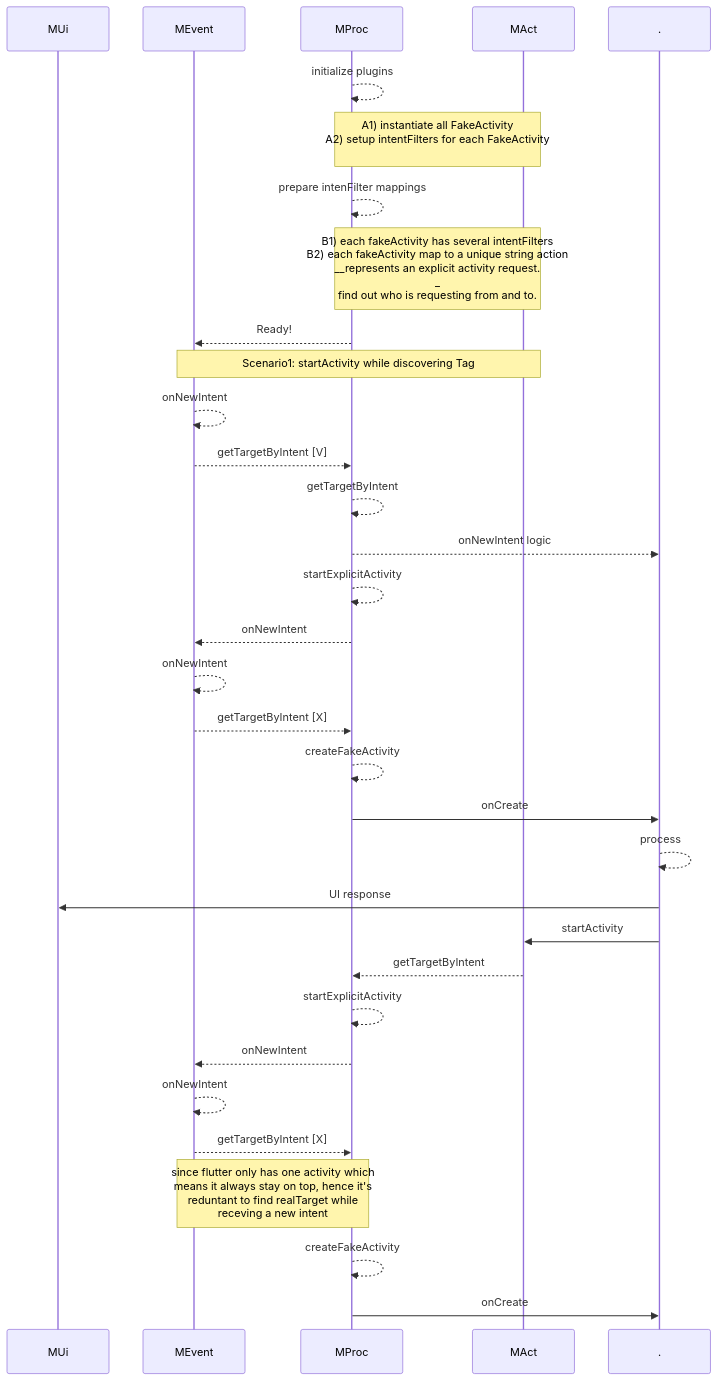
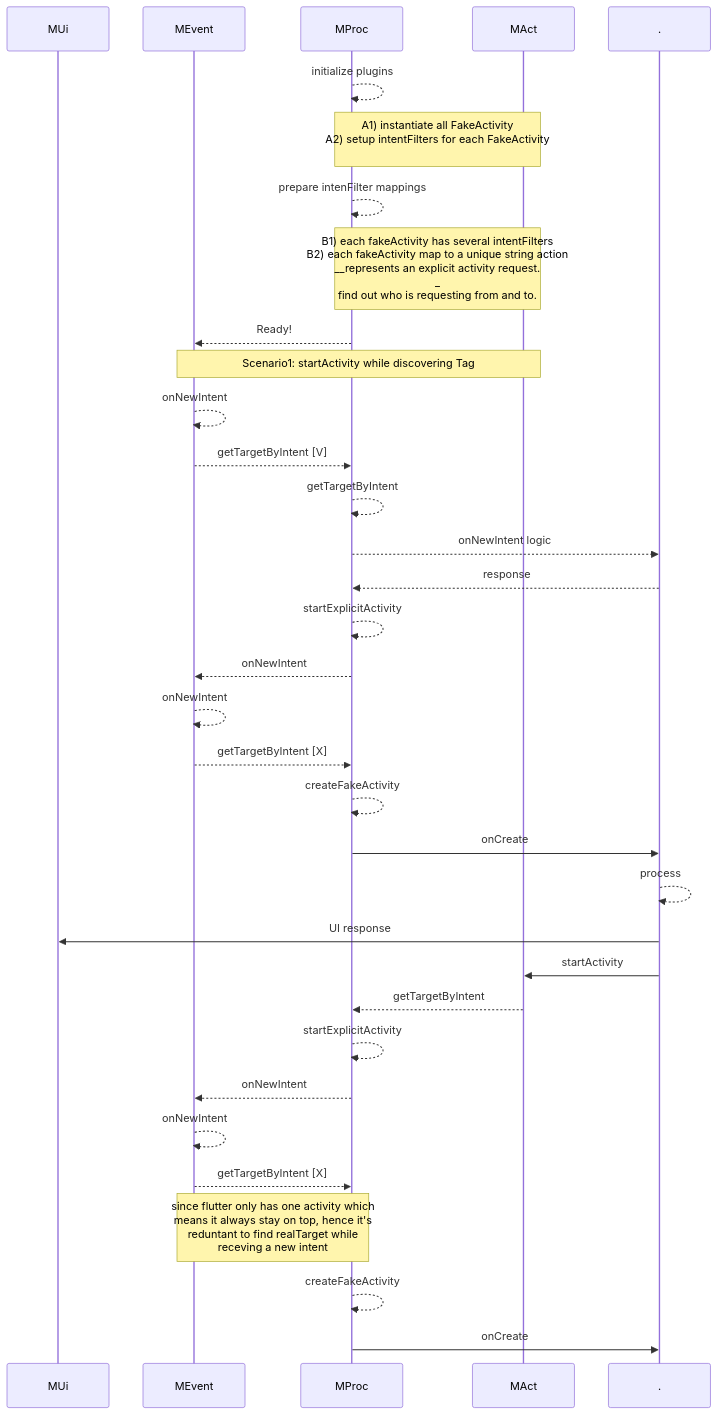
One commit to gordianknotC/nxp_note changed the third of 6 diagrams in flutter/android_to_flutter.md. Above: the diagram before and after it, drawn with Mermaid. The commit also changed other lines of this file, not shown here.

````diff
--- a/flutter/android_to_flutter.md
+++ b/flutter/android_to_flutter.md
@@ -50,45 +50,46 @@
 ```mermaid
 sequenceDiagram
 participant MUi
 participant MEvent
 participant MProc
 participant MAct
 participant .
 
 MProc-->>MProc: initialize plugins
 Note over MProc,MAct: A1) instantiate all FakeActivity<br>A2) setup intentFilters for each FakeActivity<br>
 
 MProc-->>MProc: prepare intenFilter mappings
 Note over MProc, MAct: B1) each fakeActivity has several intentFilters<br>B2) each fakeActivity map to a unique string action<br>__represents an explicit activity request.<br>_<br> find out who is requesting from and to.
 
 MProc-->>MEvent: Ready!
 
 Note over MEvent, MAct: Scenario1: startActivity while discovering Tag
 MEvent-->>MEvent: onNewIntent
 
 MEvent-->>MProc: getTargetByIntent [V]
 MProc-->>MProc: getTargetByIntent
 MProc-->> . : onNewIntent logic
+. -->> MProc : response
 MProc-->>MProc: startExplicitActivity
 MProc-->>MEvent: onNewIntent
 MEvent-->>MEvent: onNewIntent
 MEvent-->>MProc: getTargetByIntent [X]
 
 MProc-->>MProc: createFakeActivity
 MProc->> . : onCreate
 . -->> . : process
 . ->> MUi: UI response
 . ->> MAct: startActivity
 MAct -->> MProc: getTargetByIntent
 MProc -->> MProc: startExplicitActivity
 MProc -->> MEvent: onNewIntent
 MEvent -->> MEvent: onNewIntent
 MEvent -->> MProc: getTargetByIntent [X]
 
 Note over MEvent, MProc: since flutter only has one activity which<br> means it always stay on top, hence it's<br> reduntant to find realTarget while <br>receving a new intent
 
 MProc -->> MProc: createFakeActivity
 MProc ->> . : onCreate
 
 
 ```
````
